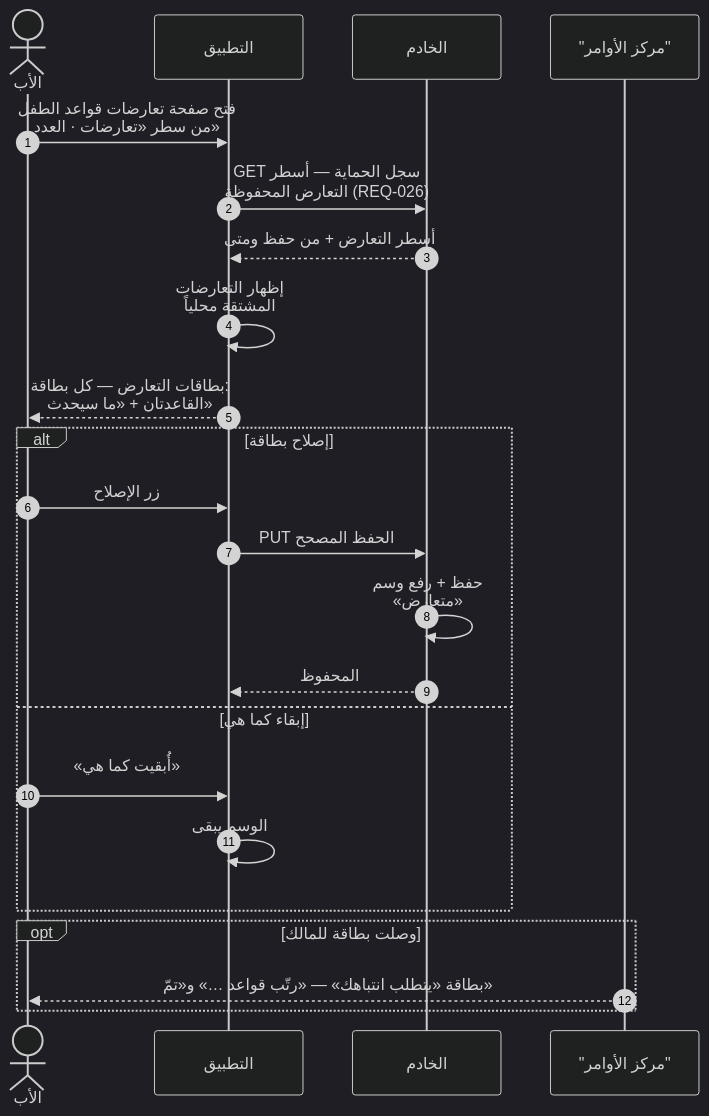
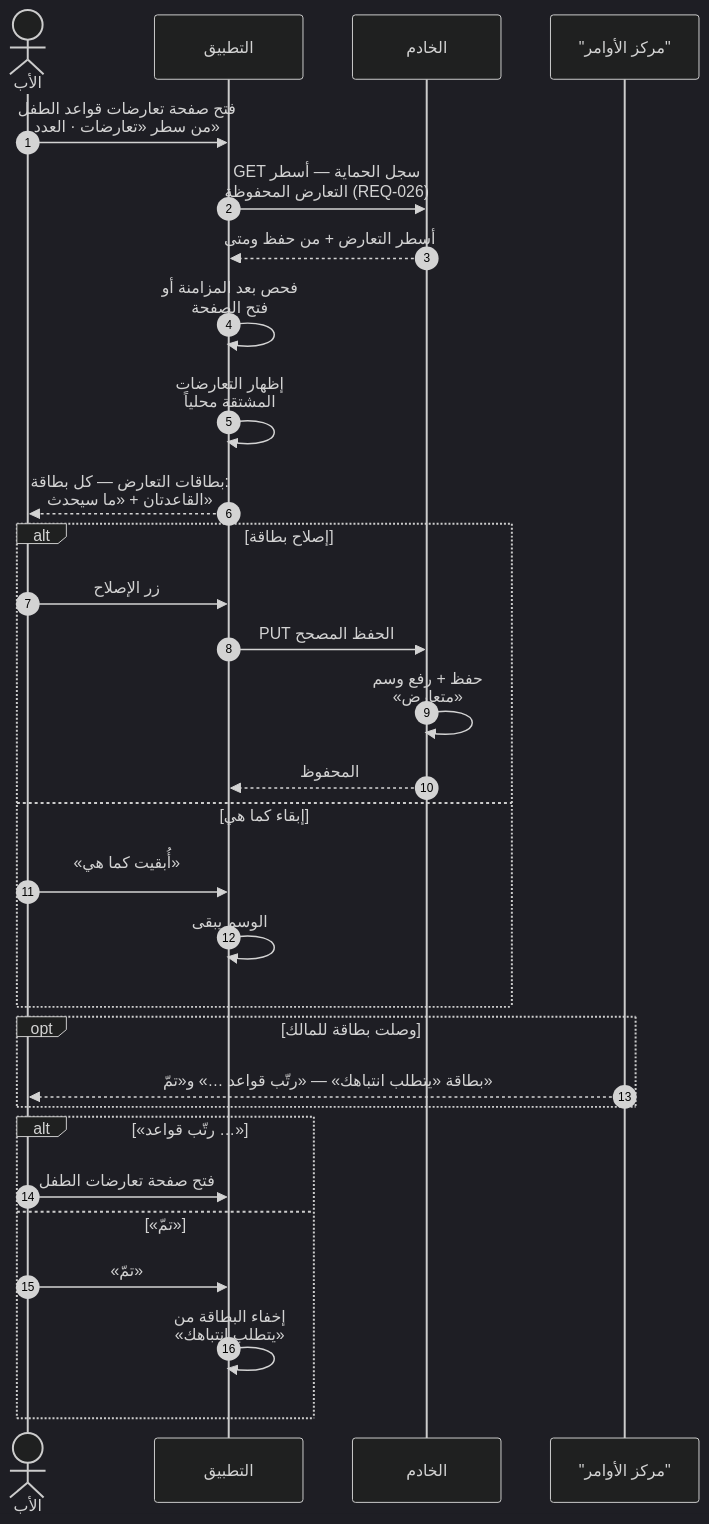
One commit to Bassam-mohammed-alqaeadi/family-os-v2 changed diagram 19 of 45 in docs/family-os/governance/phases/phase-1/S1-10-protection-and-enforcement/DIAGRAMS.md. Above: the diagram before and after it, drawn with Mermaid (dark theme). The commit also changed other lines of this file, not shown here.

Commit message:
إغلاق الأسئلة (Q-439): S1-10 — S110 صار App في 3-ط/3-ك1/3-ك2 + أحكام كشف التعارض + تقصير 5-د/5-ز

````diff
--- a/docs/family-os/governance/phases/phase-1/S1-10-protection-and-enforcement/DIAGRAMS.md
+++ b/docs/family-os/governance/phases/phase-1/S1-10-protection-and-enforcement/DIAGRAMS.md
@@ -927,26 +927,33 @@
 ```mermaid
 %%{init: {"sequence": {"wrap": true}}}%%
 sequenceDiagram
     autonumber
     actor Father as الأب
     participant App as التطبيق
     participant Ktor as الخادم
     participant S109 as "مركز الأوامر"
     Father->>App: فتح صفحة تعارضات قواعد الطفل من سطر «تعارضات · العدد»
     App->>Ktor: GET سجل الحماية — أسطر التعارض المحفوظة (REQ-026)
     Ktor-->>App: أسطر التعارض + من حفظ ومتى
+    App->>App: فحص بعد المزامنة أو فتح الصفحة
     App->>App: إظهار التعارضات المشتقة محلياً
     App-->>Father: بطاقات التعارض — كل بطاقة: القاعدتان + «ما سيحدث»
     alt إصلاح بطاقة
         Father->>App: زر الإصلاح
         App->>Ktor: PUT الحفظ المصحح
         Ktor->>Ktor: حفظ + رفع وسم «متعارض»
         Ktor-->>App: المحفوظ
     else إبقاء كما هي
         Father->>App: «أُبقيت كما هي»
         App->>App: الوسم يبقى
     end
     opt وصلت بطاقة للمالك
         S109-->>Father: بطاقة «يتطلب انتباهك» — «رتّب قواعد …» و«تمّ»
     end
+    alt «رتّب قواعد …»
+        Father->>App: فتح صفحة تعارضات الطفل
+    else «تمّ»
+        Father->>App: «تمّ»
+        App->>App: إخفاء البطاقة من «يتطلب انتباهك»
+    end
 ```
````
